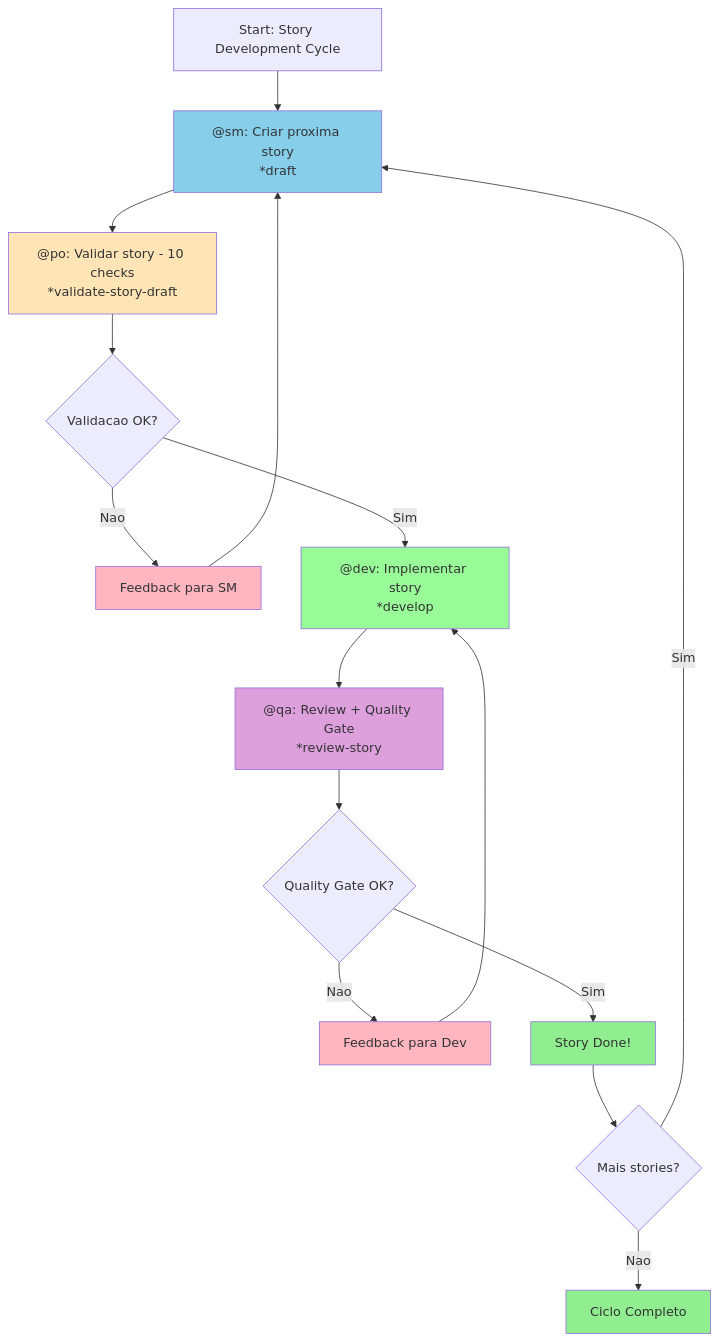
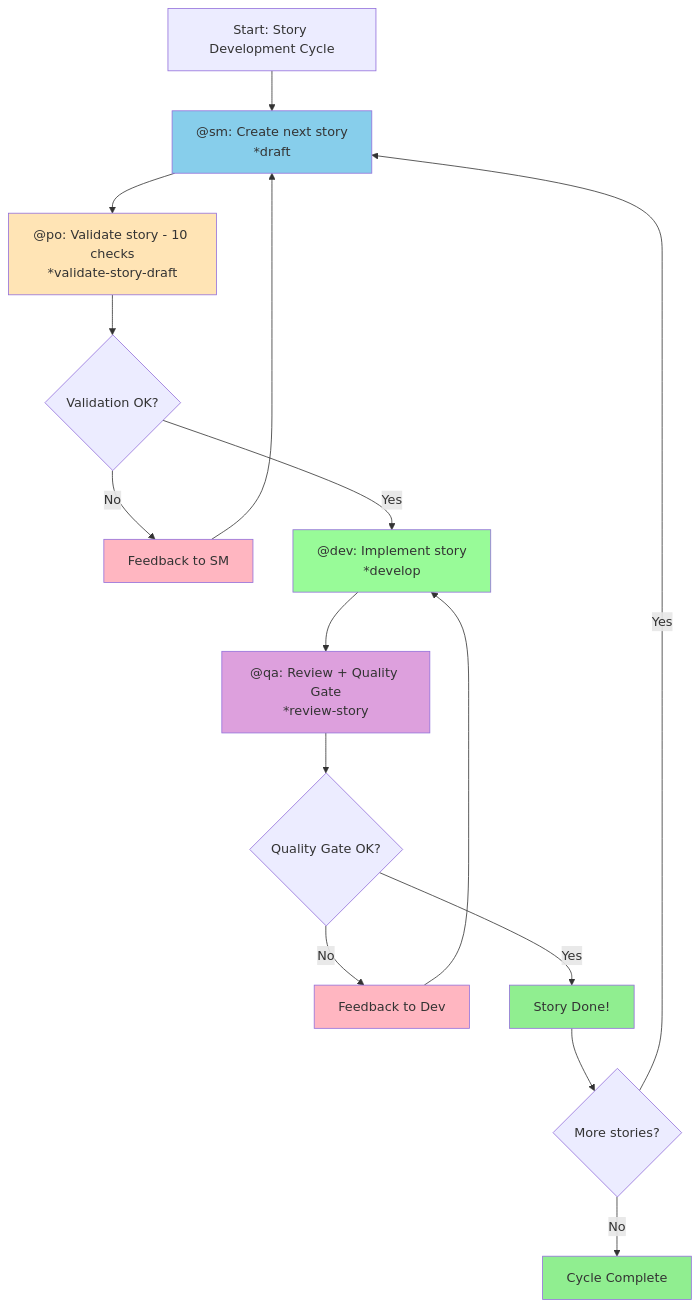
Before and after one commit to CyryxLabs/AEXOS: the second of 4 diagrams in docs/guides/agents/SM-SYSTEM.md, drawn with Mermaid. The commit also changed other lines of this file and 528 other files, not shown here.

````diff
--- a/docs/guides/agents/SM-SYSTEM.md
+++ b/docs/guides/agents/SM-SYSTEM.md
@@ -167,30 +167,30 @@
 ```mermaid
 flowchart TD
-    A[Start: Story Development Cycle] --> B["@sm: Criar proxima story<br/>*draft"]
-    B --> C["@po: Validar story - 10 checks<br/>*validate-story-draft"]
+    A[Start: Story Development Cycle] --> B["@sm: Create next story<br/>*draft"]
+    B --> C["@po: Validate story - 10 checks<br/>*validate-story-draft"]
 
-    C --> D{Validacao OK?}
-    D -->|Nao| E[Feedback para SM]
+    C --> D{Validation OK?}
+    D -->|No| E[Feedback to SM]
     E --> B
-    D -->|Sim| F["@dev: Implementar story<br/>*develop"]
+    D -->|Yes| F["@dev: Implement story<br/>*develop"]
 
     F --> G["@qa: Review + Quality Gate<br/>*review-story"]
 
     G --> H{Quality Gate OK?}
-    H -->|Nao| I[Feedback para Dev]
+    H -->|No| I[Feedback to Dev]
     I --> F
-    H -->|Sim| J[Story Done!]
+    H -->|Yes| J[Story Done!]
 
-    J --> K{Mais stories?}
-    K -->|Sim| B
-    K -->|Nao| L[Ciclo Completo]
+    J --> K{More stories?}
+    K -->|Yes| B
+    K -->|No| L[Cycle Complete]
 
     style L fill:#90EE90
     style J fill:#90EE90
     style B fill:#87CEEB
     style C fill:#FFE4B5
     style F fill:#98FB98
     style G fill:#DDA0DD
     style E fill:#FFB6C1
     style I fill:#FFB6C1
 ```
````
